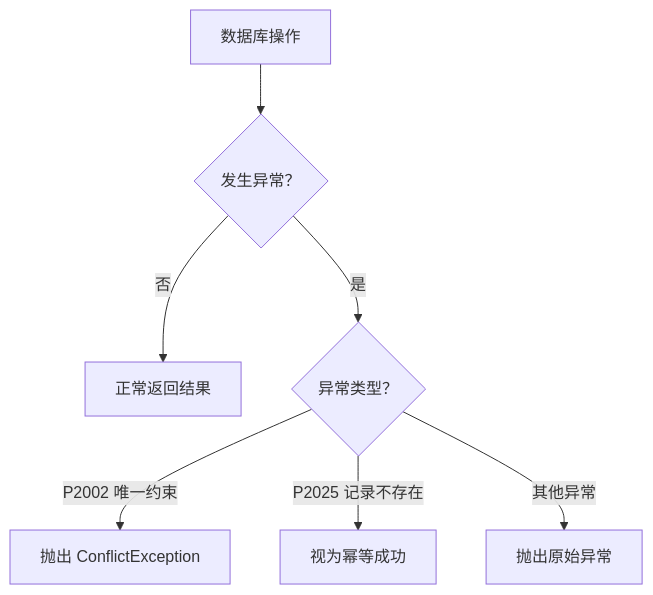
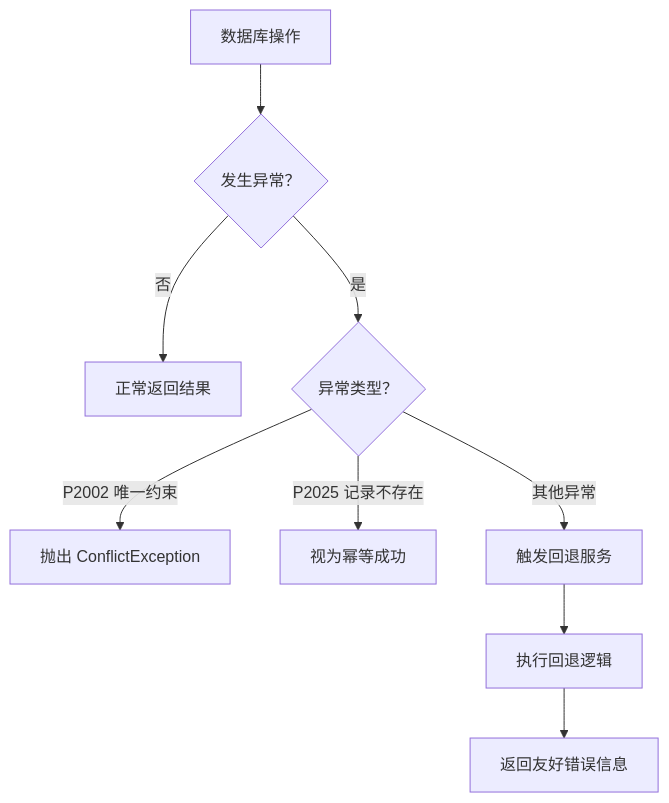
One commit to rc558620/purelyprofit-server changed the tenth of 13 diagrams in .qoder/repowiki/zh/content/业务模块/运营管理模块/交接班管理.md. Above: the diagram before and after it, drawn with Mermaid. The commit also changed other lines of this file and 10 other files, not shown here.

````diff
--- a/.qoder/repowiki/zh/content/业务模块/运营管理模块/交接班管理.md
+++ b/.qoder/repowiki/zh/content/业务模块/运营管理模块/交接班管理.md
@@ -485,9 +455,11 @@
 ```mermaid
 flowchart TD
 A["数据库操作"] --> B{"发生异常？"}
 B --> |否| C["正常返回结果"]
 B --> |是| D{"异常类型？"}
 D --> |P2002 唯一约束| E["抛出 ConflictException"]
 D --> |P2025 记录不存在| F["视为幂等成功"]
-D --> |其他异常| G["抛出原始异常"]
+D --> |其他异常| G["触发回退服务"]
+G --> H["执行回退逻辑"]
+H --> I["返回友好错误信息"]
 ```
````
